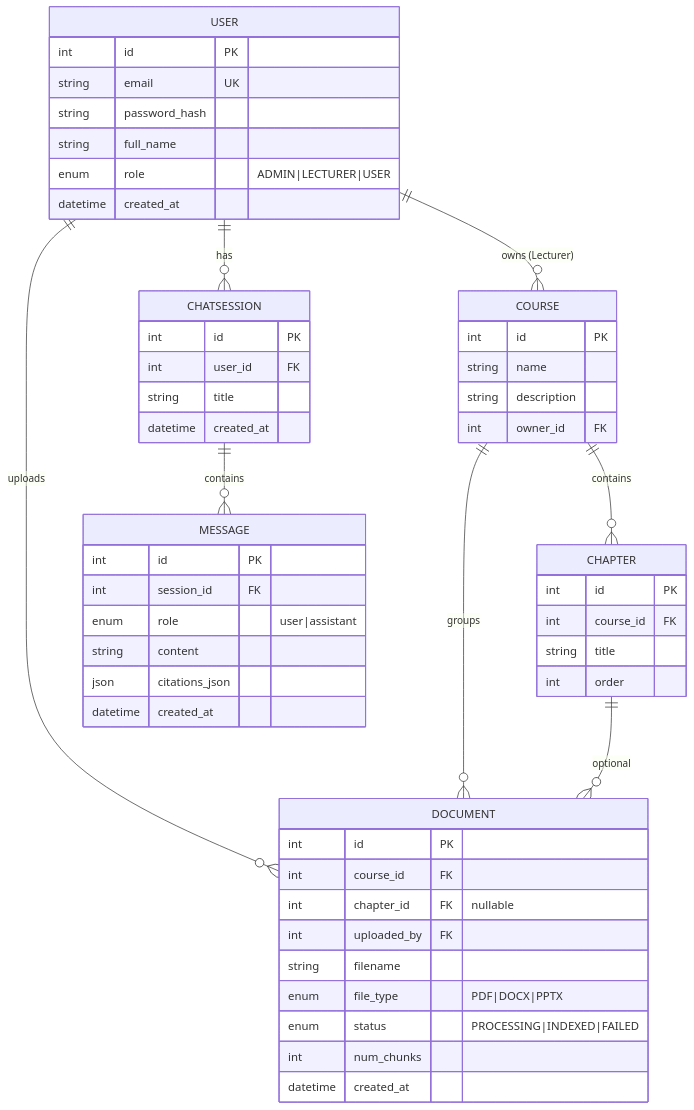
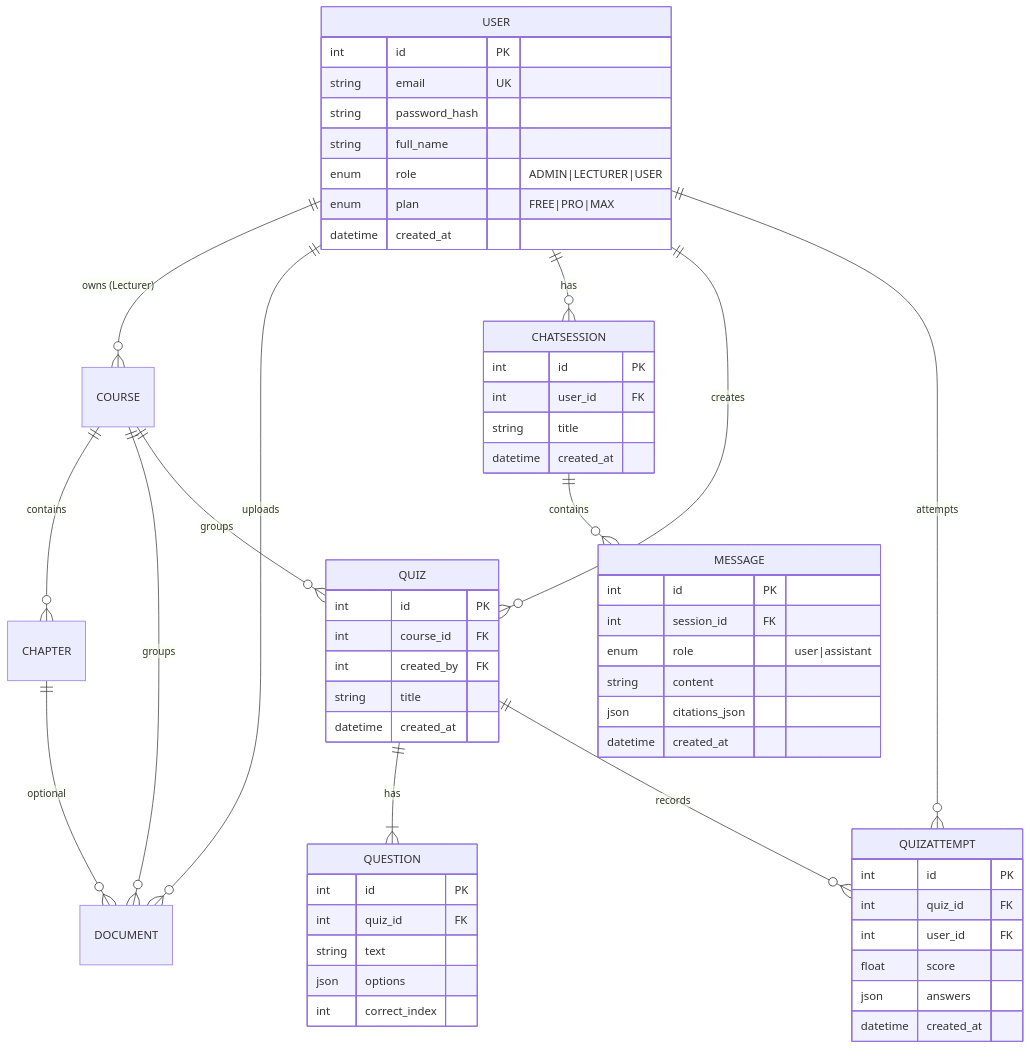
One commit to Scobydoo1/swd changed the seventh of 8 diagrams in readme.md. Above: the diagram before and after it, drawn with Mermaid. The commit also changed other lines of this file, not shown here.

````diff
--- a/readme.md
+++ b/readme.md
@@ -398,56 +346,61 @@
 ```mermaid
 erDiagram
     USER ||--o{ COURSE : "owns (Lecturer)"
     USER ||--o{ DOCUMENT : uploads
     USER ||--o{ CHATSESSION : has
+    USER ||--o{ QUIZ : creates
+    USER ||--o{ QUIZATTEMPT : attempts
     COURSE ||--o{ CHAPTER : contains
     COURSE ||--o{ DOCUMENT : groups
+    COURSE ||--o{ QUIZ : groups
     CHAPTER ||--o{ DOCUMENT : "optional"
     CHATSESSION ||--o{ MESSAGE : contains
+    QUIZ ||--|{ QUESTION : has
+    QUIZ ||--o{ QUIZATTEMPT : records
 
     USER {
         int id PK
         string email UK
         string password_hash
         string full_name
         enum role "ADMIN|LECTURER|USER"
+        enum plan "FREE|PRO|MAX"
         datetime created_at
     }
-    COURSE {
-        int id PK
-        string name
-        string description
-        int owner_id FK
-    }
-    CHAPTER {
+    QUIZ {
         int id PK
         int course_id FK
+        int created_by FK
         string title
-        int order
+        datetime created_at
     }
-    DOCUMENT {
+    QUESTION {
         int id PK
-        int course_id FK
-        int chapter_id FK "nullable"
-        int uploaded_by FK
-        string filename
-        enum file_type "PDF|DOCX|PPTX"
-        enum status "PROCESSING|INDEXED|FAILED"
-        int num_chunks
+        int quiz_id FK
+        string text
+        json options
+        int correct_index
+    }
+    QUIZATTEMPT {
+        int id PK
+        int quiz_id FK
+        int user_id FK
+        float score
+        json answers
         datetime created_at
     }
     CHATSESSION {
         int id PK
         int user_id FK
         string title
         datetime created_at
     }
     MESSAGE {
         int id PK
         int session_id FK
         enum role "user|assistant"
         string content
         json citations_json
         datetime created_at
     }
 ```
````
